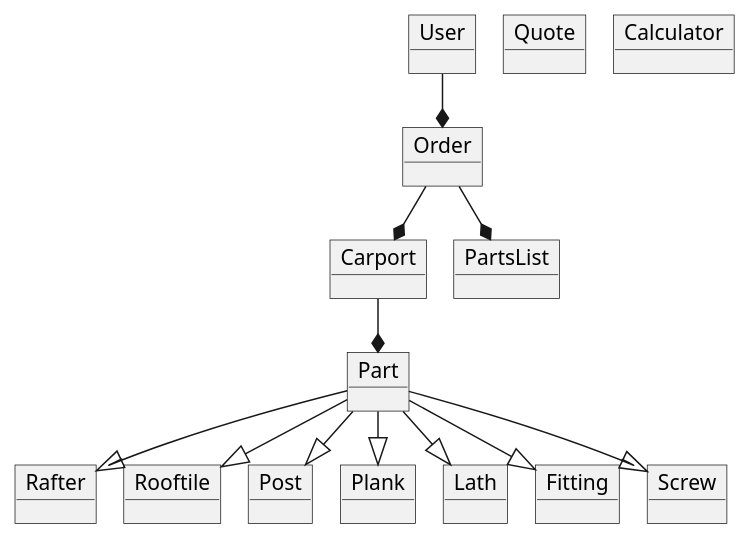
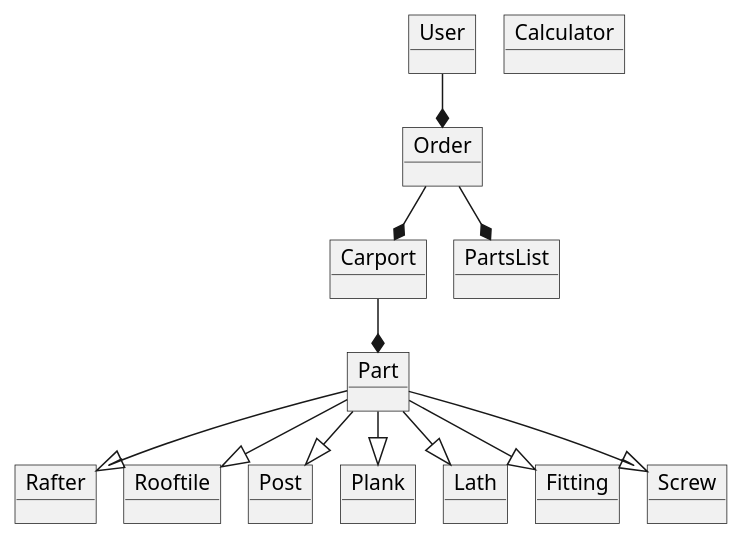
One commit to AndreasKuke/FogCarportProject changed the diagram in doc/domainModel.puml. Above: the diagram before and after it, drawn with PlantUML. The commit also changed 11 other files, not shown here.

```diff
--- a/doc/domainModel.puml
+++ b/doc/domainModel.puml
@@ -1,32 +1,31 @@
 @startuml
 !pragma layout smetana
 
 Object User
 Object Part
 Object Order
-Object Quote
 Object Rafter
 Object Rooftile
 Object Post
 Object Plank
 Object Lath
 Object Fitting
 Object Screw
 Object Carport
 Object Calculator
 Object PartsList
 
 User --* Order
 Order --* Carport
 Order --* PartsList
 Carport --* Part
 Part --|> Rafter
 Part --|> Rooftile
 Part --|> Post
 Part --|> Plank
 Part --|> Lath
 Part --|> Fitting
 Part --|> Screw
 
 
 @enduml
```
